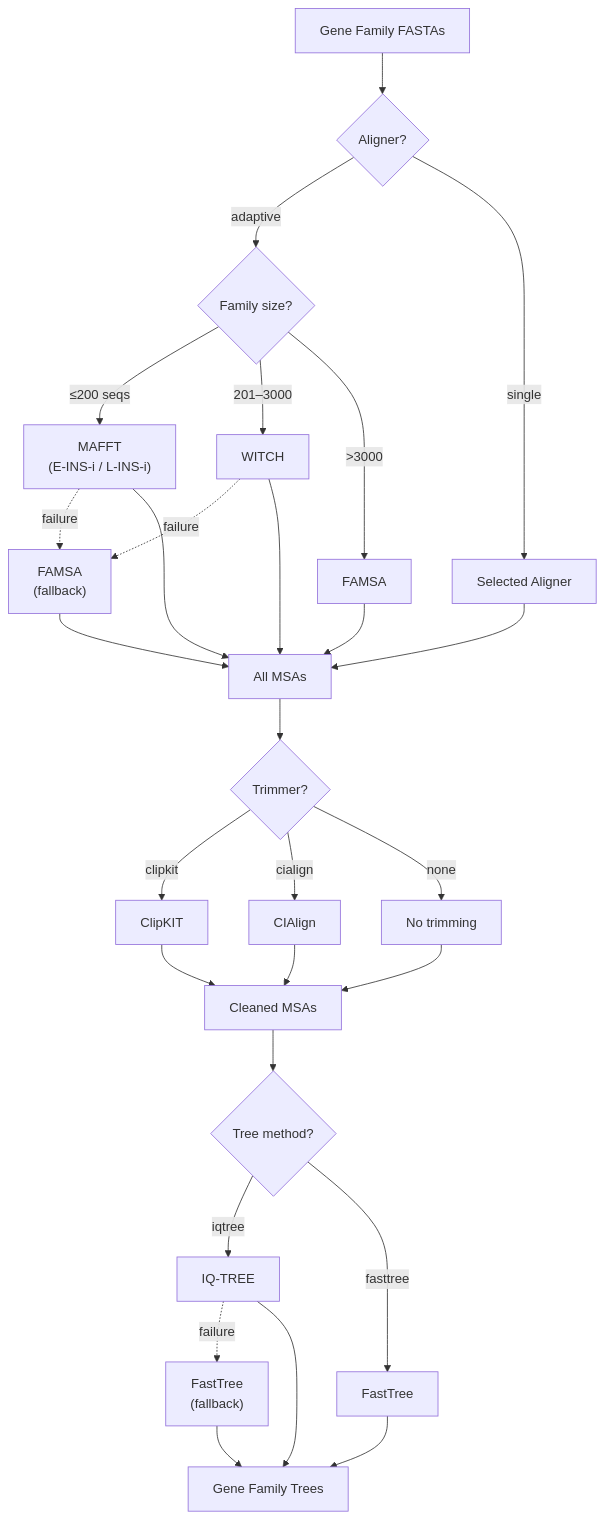
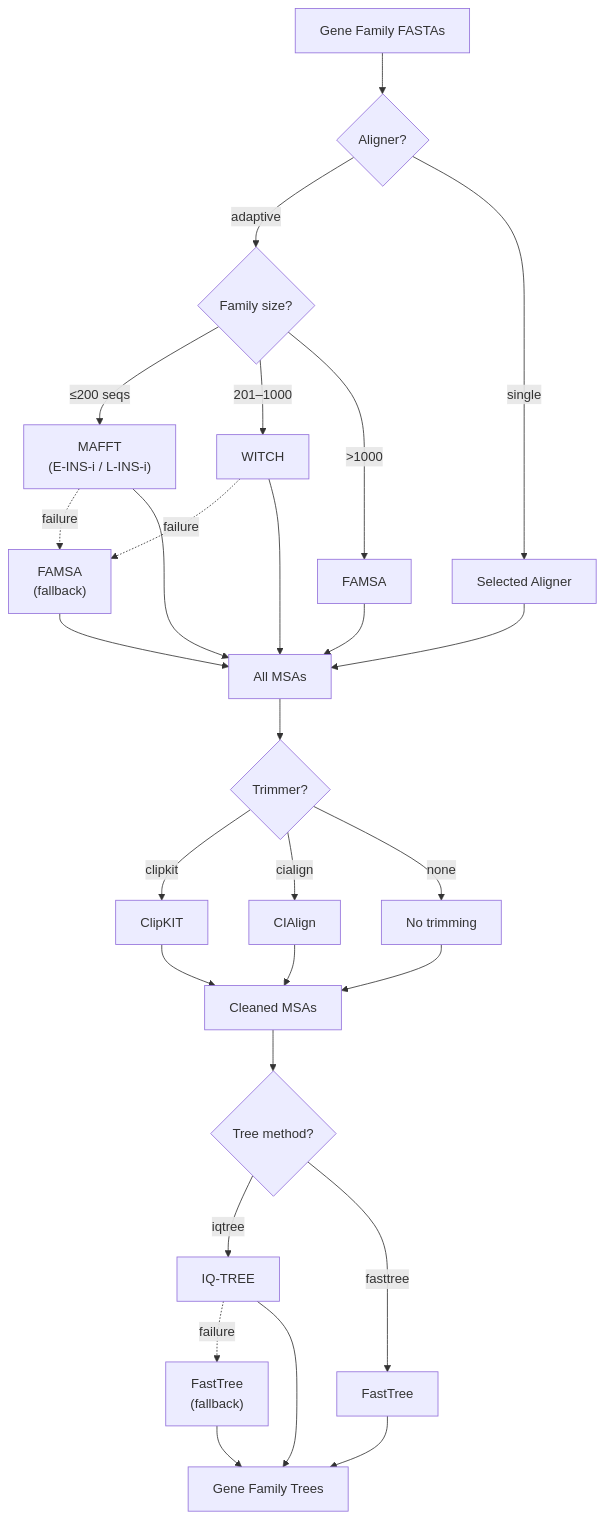
The fourth of 6 diagrams in README.md (Arcadia-Science/noveltree), drawn with Mermaid before and after one commit. The commit also changed other lines of this file and 3 other files, not shown here.

````diff
--- a/README.md
+++ b/README.md
@@ -290,34 +306,34 @@
 ```mermaid
 flowchart TD
     FAS["Gene Family FASTAs"] --> MODE{"Aligner?"}
 
     MODE -->|adaptive| BRANCH{"Family size?"}
     BRANCH -->|"≤200 seqs"| MAFFT["MAFFT<br/>(E-INS-i / L-INS-i)"]
-    BRANCH -->|"201–3000"| WITCH["WITCH"]
-    BRANCH -->|">3000"| FAMSA["FAMSA"]
+    BRANCH -->|"201–1000"| WITCH["WITCH"]
+    BRANCH -->|">1000"| FAMSA["FAMSA"]
     MAFFT -.->|failure| FAMSA_FB["FAMSA<br/>(fallback)"]
     WITCH -.->|failure| FAMSA_FB
     MODE -->|single| SINGLE["Selected Aligner"]
 
     MAFFT --> MSA["All MSAs"]
     WITCH --> MSA
     FAMSA --> MSA
     FAMSA_FB --> MSA
     SINGLE --> MSA
 
     MSA --> TRIM{"Trimmer?"}
     TRIM -->|clipkit| CLIPKIT["ClipKIT"]
     TRIM -->|cialign| CIALIGN["CIAlign"]
     TRIM -->|none| NOTRIM["No trimming"]
     CLIPKIT --> CLEAN["Cleaned MSAs"]
     CIALIGN --> CLEAN
     NOTRIM --> CLEAN
 
     CLEAN --> TREEQ{"Tree method?"}
     TREEQ -->|iqtree| IQTREE["IQ-TREE"]
     IQTREE -.->|failure| FT_FB["FastTree<br/>(fallback)"]
     TREEQ -->|fasttree| FT["FastTree"]
     IQTREE --> TREES["Gene Family Trees"]
     FT_FB --> TREES
     FT --> TREES
 ```
````
